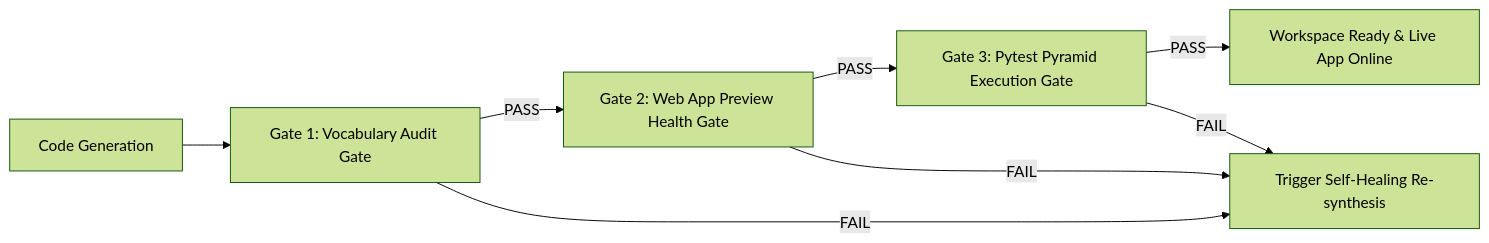
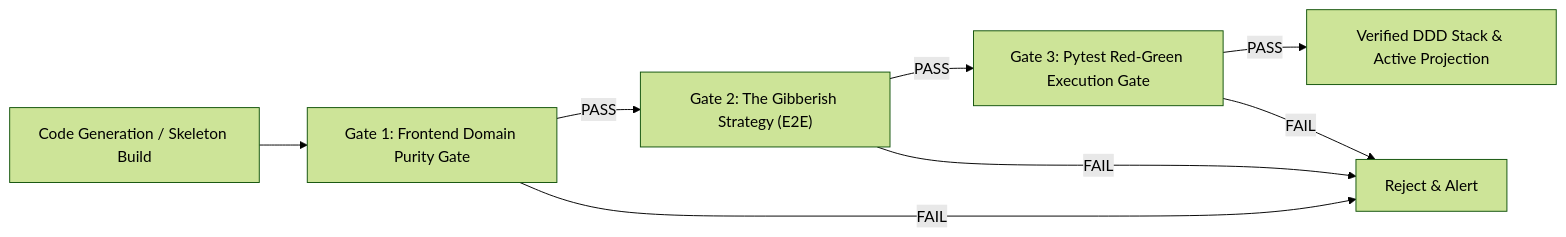
One commit to AlbinAhlstrom/provable changed the diagram in vault/03-Testing/Automated-Verification-And-Self-Healing-Pipeline.md. Above: the diagram before and after it, drawn with Mermaid (forest theme). The commit also changed other lines of this file and 17 other files, not shown here.

Commit message:
docs: complete massive documentation and architectural synchronization pass across vault and project

````diff
--- a/vault/03-Testing/Automated-Verification-And-Self-Healing-Pipeline.md
+++ b/vault/03-Testing/Automated-Verification-And-Self-Healing-Pipeline.md
@@ -5,11 +5,11 @@
 ```mermaid
 graph LR
-    Synthesis["Code Generation"] --> Gate1["Gate 1: Vocabulary Audit Gate"]
-    Gate1 -- PASS --> Gate2["Gate 2: Web App Preview Health Gate"]
-    Gate2 -- PASS --> Gate3["Gate 3: Pytest Pyramid Execution Gate"]
-    Gate3 -- PASS --> Success["Workspace Ready & Live App Online"]
+    Synthesis["Code Generation / Skeleton Build"] --> Gate1["Gate 1: Frontend Domain Purity Gate"]
+    Gate1 -- PASS --> Gate2["Gate 2: The Gibberish Strategy (E2E)"]
+    Gate2 -- PASS --> Gate3["Gate 3: Pytest Red-Green Execution Gate"]
+    Gate3 -- PASS --> Success["Verified DDD Stack & Active Projection"]
 
-    Gate1 -- FAIL --> ReSynthesize["Trigger Self-Healing Re-synthesis"]
+    Gate1 -- FAIL --> ReSynthesize["Reject & Alert"]
     Gate2 -- FAIL --> ReSynthesize
     Gate3 -- FAIL --> ReSynthesize
 ```
````
